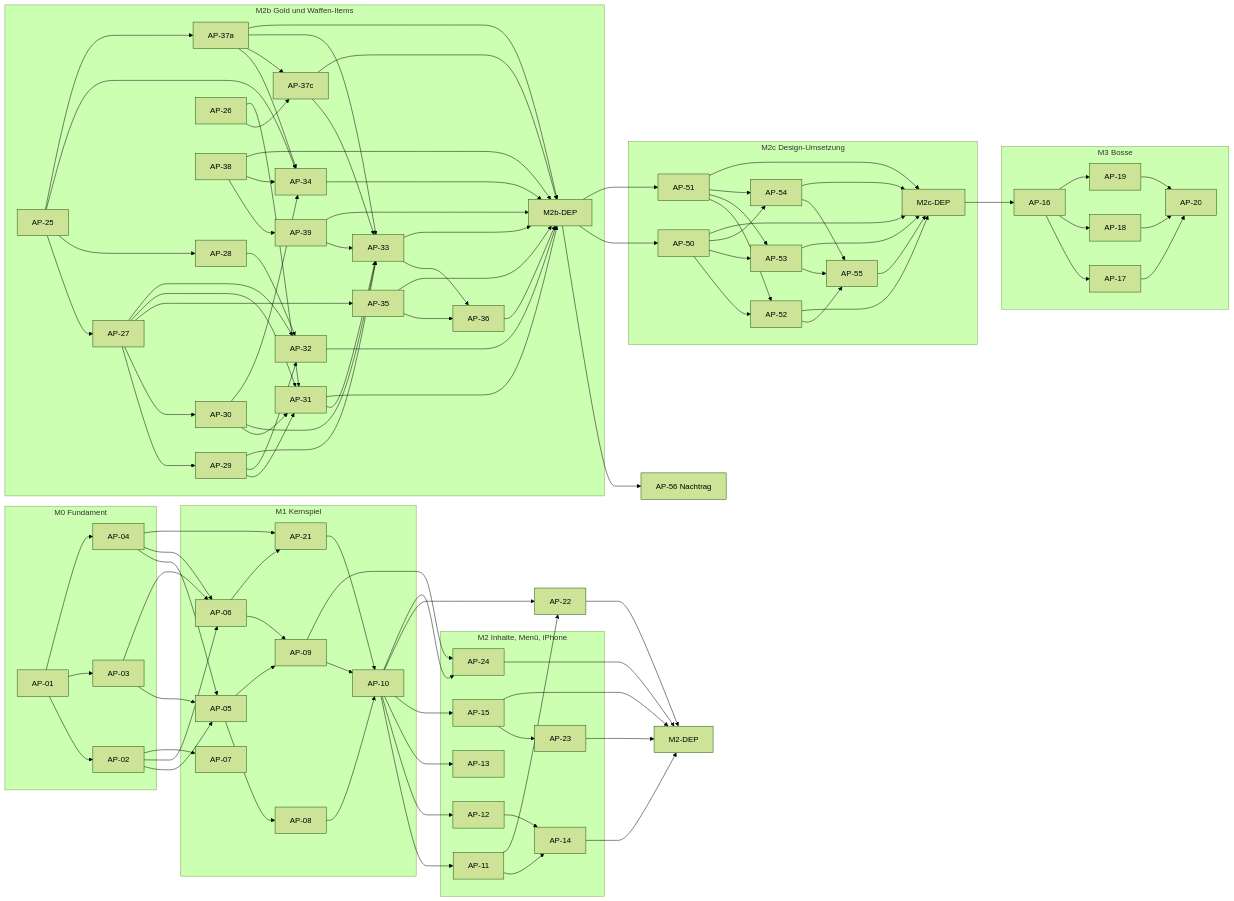
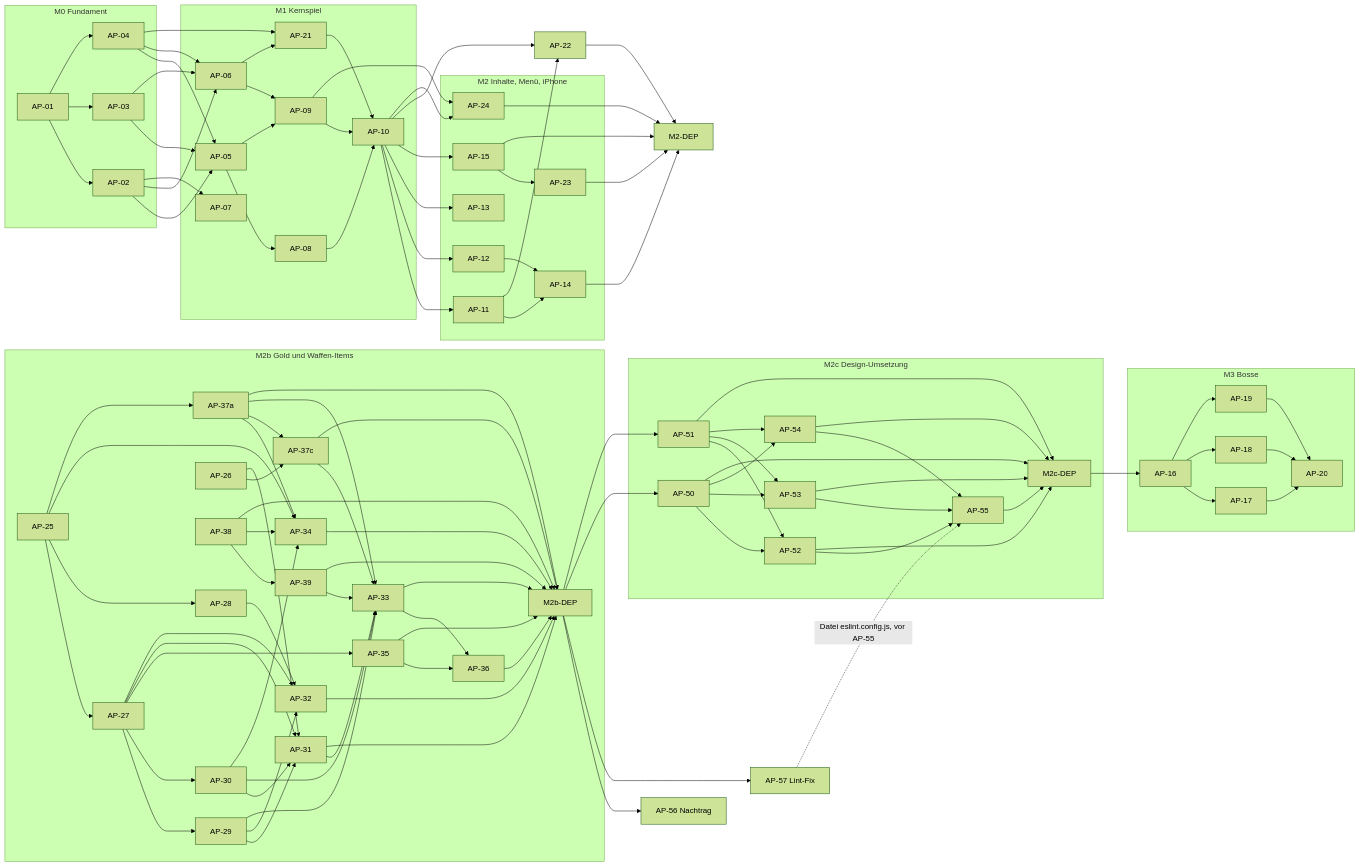
One commit to CemDCoding/360shooter changed the third of 3 diagrams in docs/masterBuildPlan.md. Above: the diagram before and after it, drawn with Mermaid (forest theme). The commit also changed other lines of this file, not shown here.

Commit message:
plan: add AP-57 lint fix (PE-62)

````diff
--- a/docs/masterBuildPlan.md
+++ b/docs/masterBuildPlan.md
@@ -769,55 +771,56 @@
 ```mermaid
 flowchart LR
   subgraph M0["M0 Fundament"]
     AP01["AP-01"] --> AP02["AP-02"] & AP03["AP-03"] & AP04["AP-04"]
   end
   subgraph M1["M1 Kernspiel"]
     AP05["AP-05"] --> AP08["AP-08"] & AP09["AP-09"]
     AP06["AP-06"] --> AP09
     AP08 & AP09 & AP21 --> AP10["AP-10"]
     AP07["AP-07"]
     AP21["AP-21"]
   end
   subgraph M2["M2 Inhalte, Menü, iPhone"]
     AP11["AP-11"] --> AP14["AP-14"]
     AP12["AP-12"] --> AP14
     AP13["AP-13"]
     AP15["AP-15"] --> AP23["AP-23"]
     AP24["AP-24"]
   end
   subgraph M2b["M2b Gold und Waffen-Items"]
     AP25["AP-25"] --> AP27["AP-27"] & AP28["AP-28"] & AP34["AP-34"] & AP37a["AP-37a"]
     AP26["AP-26"] --> AP37c["AP-37c"]
     AP38["AP-38"] --> AP39["AP-39"] & AP34["AP-34"]
     AP39 --> AP33["AP-33"]
     AP37a["AP-37a"] --> AP34 & AP37c & AP33
     AP37c --> AP33
     AP27 --> AP29["AP-29"] & AP30["AP-30"] & AP35["AP-35"] & AP31["AP-31"] & AP32["AP-32"]
     AP28 --> AP32
     AP29 --> AP31 & AP32 & AP33["AP-33"]
     AP30 --> AP31 & AP33 & AP34
     AP26 --> AP31
     AP31 --> AP33
     AP33 & AP35 --> AP36["AP-36"]
     AP31 & AP32 & AP33 & AP34 & AP35 & AP36 & AP37a & AP37c & AP38 & AP39 --> M2bDEP["M2b-DEP"]
   end
   subgraph M2c["M2c Design-Umsetzung"]
     AP50["AP-50"] --> AP52["AP-52"] & AP53["AP-53"] & AP54["AP-54"]
     AP51["AP-51"] --> AP52 & AP53 & AP54
     AP52 & AP53 & AP54 --> AP55["AP-55"]
     AP50 & AP51 & AP52 & AP53 & AP54 & AP55 --> M2cDEP["M2c-DEP"]
   end
   subgraph M3["M3 Bosse"]
     AP16["AP-16"] --> AP17["AP-17"] & AP18["AP-18"] & AP19["AP-19"]
     AP17 & AP18 & AP19 --> AP20["AP-20"]
   end
   AP02 & AP03 & AP04 --> AP05 & AP06
   AP02 --> AP07
   AP04 & AP06 --> AP21
   AP10 --> AP11 & AP12 & AP13 & AP15
-  M2bDEP --> AP56["AP-56 Nachtrag"] & AP50 & AP51
+  M2bDEP --> AP56["AP-56 Nachtrag"] & AP57["AP-57 Lint-Fix"] & AP50 & AP51
   M2cDEP --> AP16
+  AP57 -.->|Datei eslint.config.js, vor AP-55| AP55
   AP10 & AP11 --> AP22["AP-22"]
   AP09 & AP10 --> AP24
   AP14 & AP15 & AP22 & AP23 & AP24 --> M2DEP["M2-DEP"]
 ```
````
